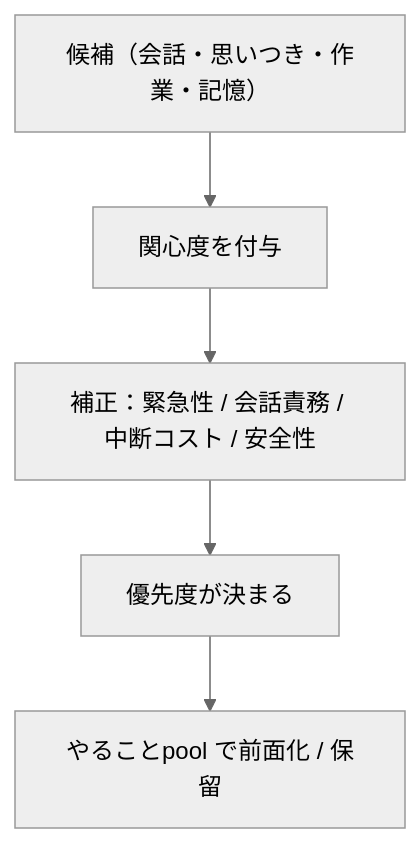
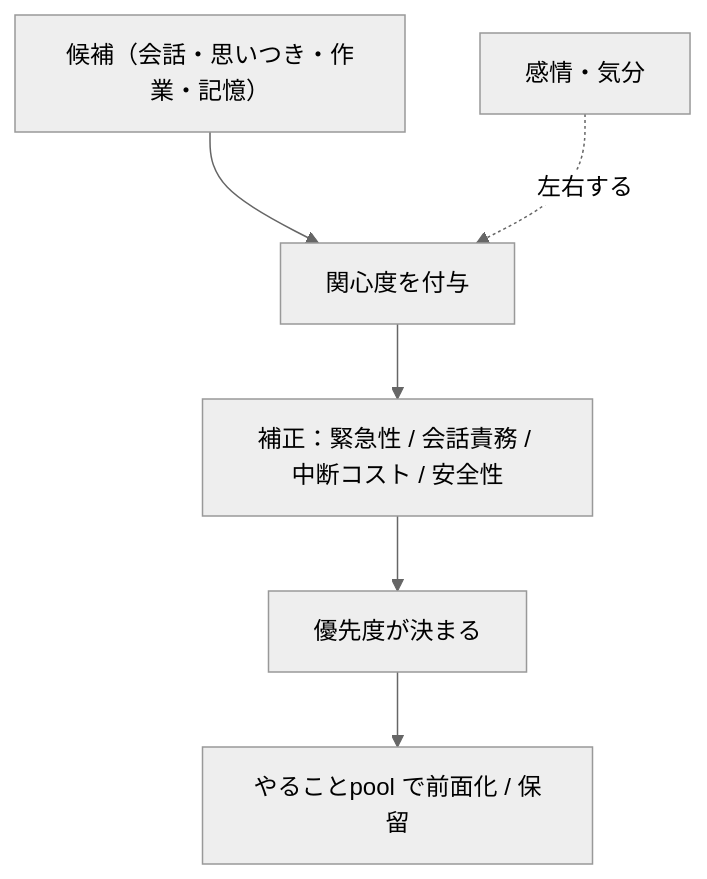
One commit to kizuna-org/akari changed the diagram in docs/04-interest.md. Above: the diagram before and after it, drawn with Mermaid (neutral theme). The commit also changed other lines of this file and 6 other files, not shown here.

````diff
--- a/docs/04-interest.md
+++ b/docs/04-interest.md
@@ -80,7 +93,8 @@
 ```mermaid
 flowchart TD
     C[候補（会話・思いつき・作業・記憶）] --> I[関心度を付与]
+    EM[感情・気分] -. 左右する .-> I
     I --> ADJ[補正：緊急性 / 会話責務 / 中断コスト / 安全性]
     ADJ --> PRI[優先度が決まる]
     PRI --> POOL[やることpool で前面化 / 保留]
 ```
````
